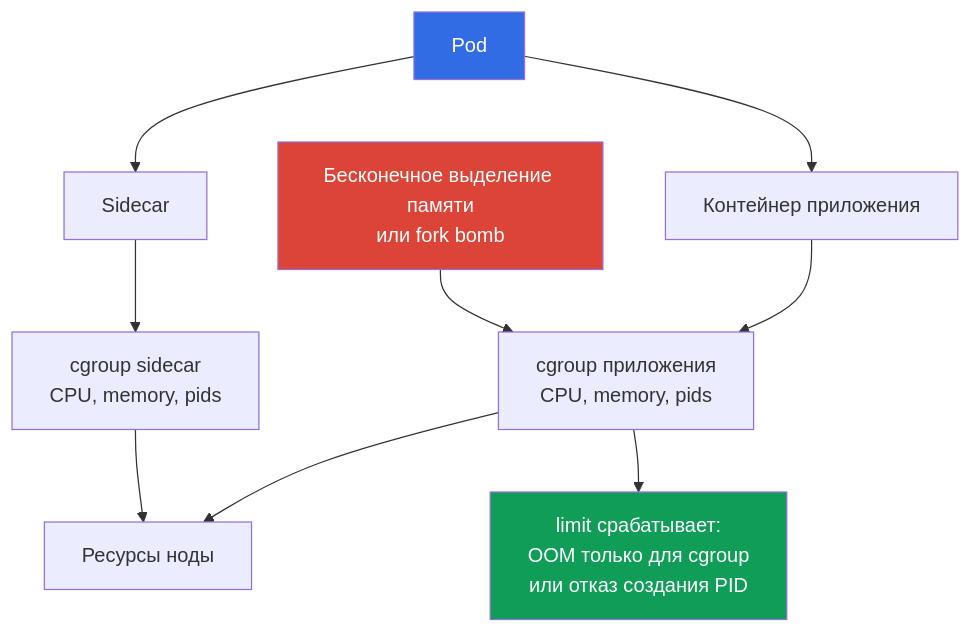
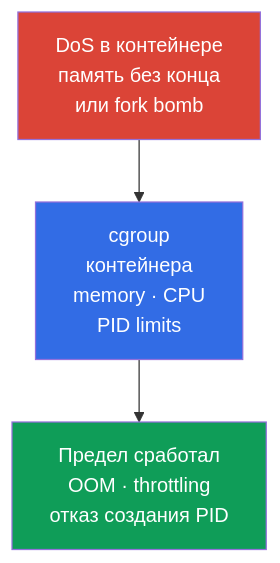
Before and after one commit to ViktorUJ/cks: the third of 5 diagrams in tasks/cks/course/03/ru.md, drawn with Mermaid. The commit also changed other lines of this file and 6 other files, not shown here.

````diff
--- a/tasks/cks/course/03/ru.md
+++ b/tasks/cks/course/03/ru.md
@@ -132,14 +223,12 @@
 ```mermaid
 flowchart TB
-    pod["Pod"] --> app["Контейнер приложения"]
-    pod --> sidecar["Sidecar"]
-    app --> cga["cgroup приложения<br/>CPU, memory, pids"]
-    sidecar --> cgs["cgroup sidecar<br/>CPU, memory, pids"]
-    cga --> node["Ресурсы ноды"]
-    cgs --> node
-    attacker["Бесконечное выделение памяти<br/>или fork bomb"] --> cga
-    cga --> limited["limit срабатывает:<br/>OOM только для cgroup<br/>или отказ создания PID"]
-    style pod fill:#326ce5,color:#fff
-    style attacker fill:#db4437,color:#fff
-    style limited fill:#0f9d58,color:#fff
+    attack["DoS в контейнере<br/>память без конца<br/>или fork bomb"]
+    limit["cgroup<br/>контейнера<br/>memory · CPU<br/>PID limits"]
+    result["Предел сработал<br/>OOM · throttling<br/>отказ создания PID"]
+
+    attack --> limit --> result
+
+    style attack fill:#db4437,color:#fff
+    style limit fill:#326ce5,color:#fff
+    style result fill:#0f9d58,color:#fff
 ```
````
